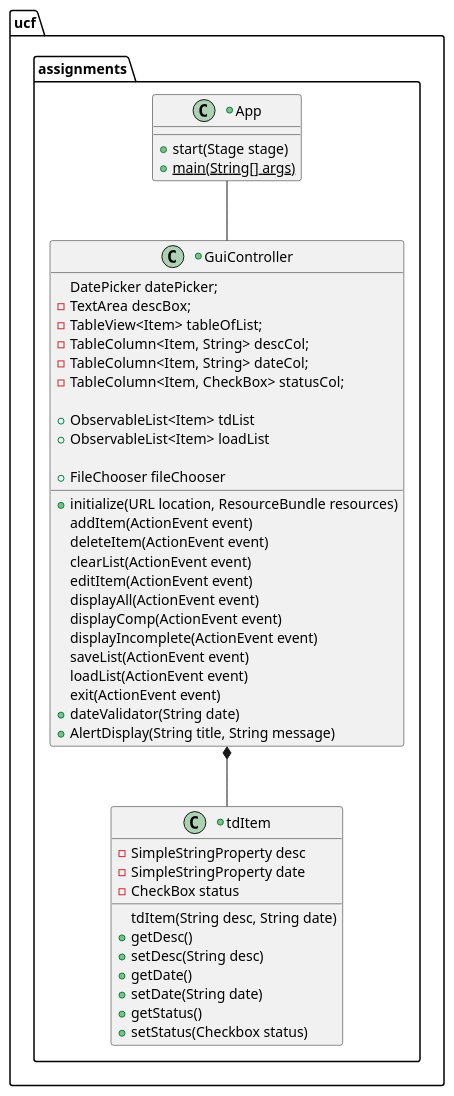
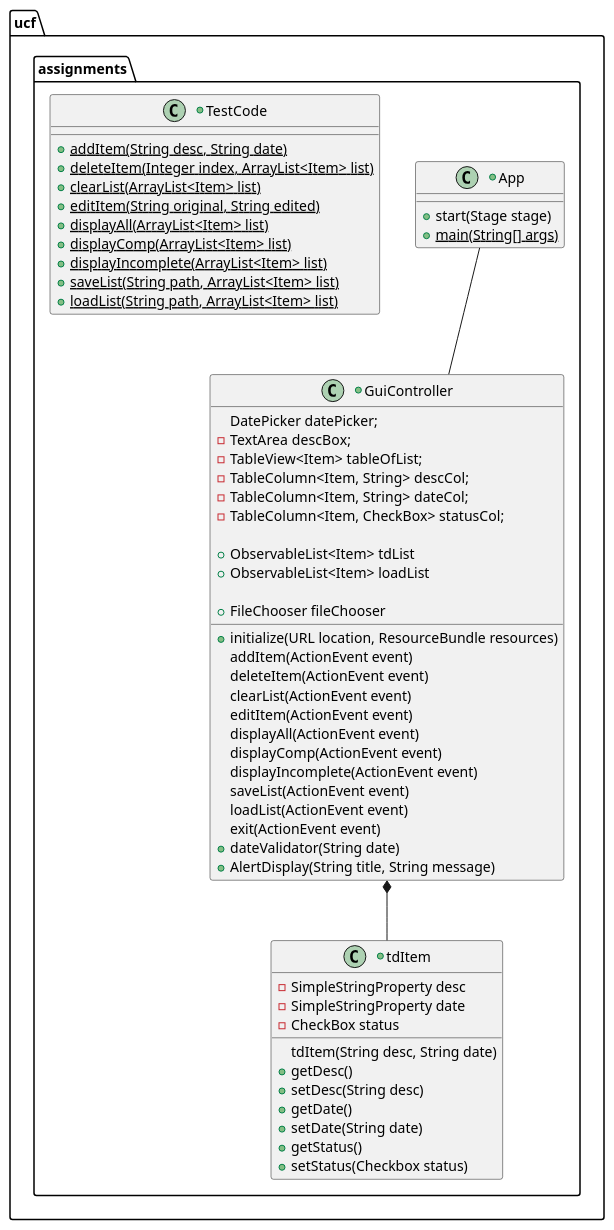
The diagram in uml/App.javaCD.puml (ayeekee/yeekee-cop3330-assignment4part2), drawn with PlantUML before and after one commit. The commit also changed 1 other file, not shown here.

Commit message:
update puml diagram

```diff
--- a/uml/App.javaCD.puml
+++ b/uml/App.javaCD.puml
@@ -1,56 +1,73 @@
 @startuml
 'https://plantuml.com/class-diagram
 
 package ucf.assignments{
 
     GuiController *-- tdItem
     App -- GuiController
 
     +Class App{
         +start(Stage stage)
         +{static}main(String[] args)
     }
 
     +Class tdItem{
         -SimpleStringProperty desc
         -SimpleStringProperty date
         -CheckBox status
 
         tdItem(String desc, String date)
         +getDesc()
         +setDesc(String desc)
         +getDate()
         +setDate(String date)
         +getStatus()
         +setStatus(Checkbox status)
     }
 
     +Class GuiController{
         DatePicker datePicker;
         -TextArea descBox;
         -TableView<Item> tableOfList;
         -TableColumn<Item, String> descCol;
         -TableColumn<Item, String> dateCol;
         -TableColumn<Item, CheckBox> statusCol;
 
         +ObservableList<Item> tdList
         +ObservableList<Item> loadList
 
         +FileChooser fileChooser
 
         +initialize(URL location, ResourceBundle resources)
         addItem(ActionEvent event)
         deleteItem(ActionEvent event)
         clearList(ActionEvent event)
         editItem(ActionEvent event)
         displayAll(ActionEvent event)
         displayComp(ActionEvent event)
         displayIncomplete(ActionEvent event)
         saveList(ActionEvent event)
         loadList(ActionEvent event)
         exit(ActionEvent event)
         +dateValidator(String date)
         +AlertDisplay(String title, String message)
     }
+
+    +Class TestCode{
+        +{static}addItem(String desc, String date)
+        +{static}deleteItem(Integer index, ArrayList<Item> list)
+        +{static}clearList(ArrayList<Item> list)
+        +{static}editItem(String original, String edited)
+        +{static}displayAll(ArrayList<Item> list)
+        +{static}displayComp(ArrayList<Item> list)
+        +{static}displayIncomplete(ArrayList<Item> list)
+        +{static}saveList(String path, ArrayList<Item> list)
+        +{static}loadList(String path, ArrayList<Item> list)
+
+
+
+
+
+    }
 }
 @enduml
```
